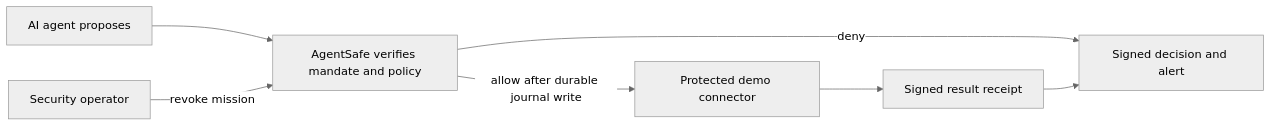
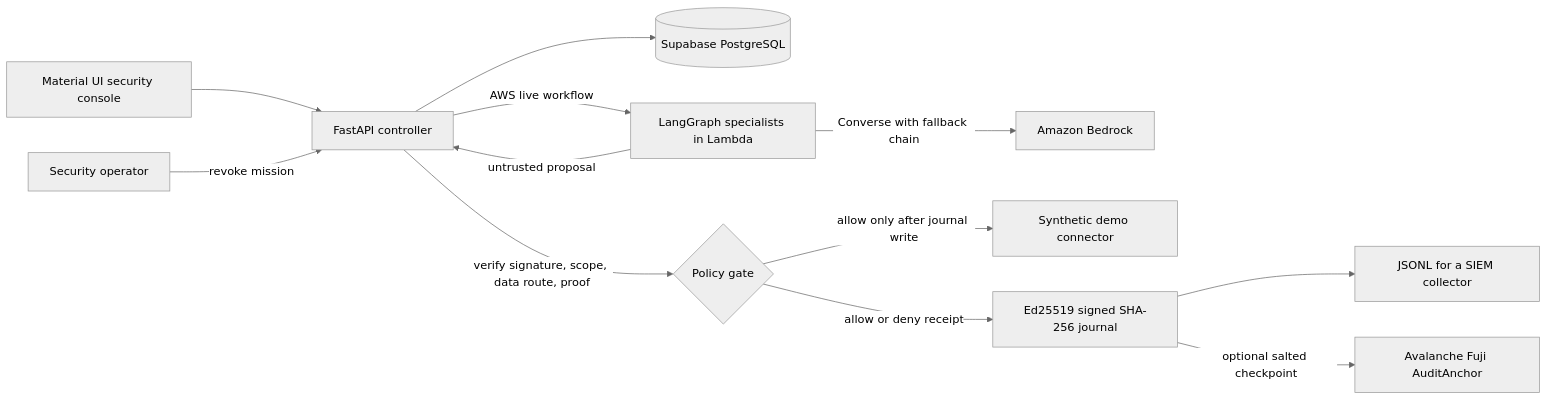
The diagram in README.md (Agent-safe/agentsafe), drawn with Mermaid (neutral theme) before and after one commit. The commit also changed other lines of this file and 20 other files, not shown here.

Commit message:
Deploy AgentSafe AWS LangGraph controller path

````diff
--- a/README.md
+++ b/README.md
@@ -15,9 +26,14 @@
 ```mermaid
 flowchart LR
-  Agent[AI agent proposes] --> Controller[AgentSafe verifies mandate and policy]
-  Controller -->|deny| Audit[Signed decision and alert]
-  Controller -->|allow after durable journal write| Tool[Protected demo connector]
-  Tool --> Receipt[Signed result receipt]
-  Receipt --> Audit
-  Operator[Security operator] -->|revoke mission| Controller
+  Console[Material UI security console] --> API[FastAPI controller]
+  API --> DB[(Supabase PostgreSQL)]
+  API -->|AWS live workflow| Graph[LangGraph specialists in Lambda]
+  Graph -->|Converse with fallback chain| Bedrock[Amazon Bedrock]
+  Graph -->|untrusted proposal| API
+  API -->|verify signature, scope, data route, proof| Gate{Policy gate}
+  Gate -->|allow only after journal write| DemoTool[Synthetic demo connector]
+  Gate -->|allow or deny receipt| Journal[Ed25519 signed SHA-256 journal]
+  Journal --> Export[JSONL for a SIEM collector]
+  Journal -->|optional salted checkpoint| Fuji[Avalanche Fuji AuditAnchor]
+  Operator[Security operator] -->|revoke mission| API
 ```
````
